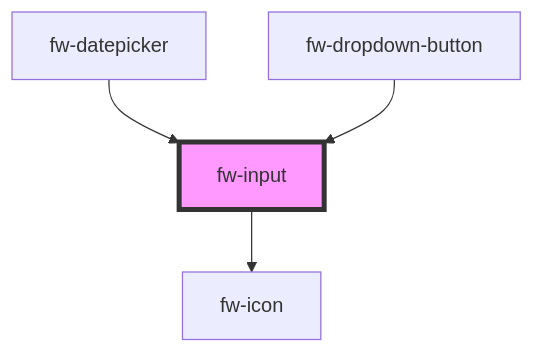
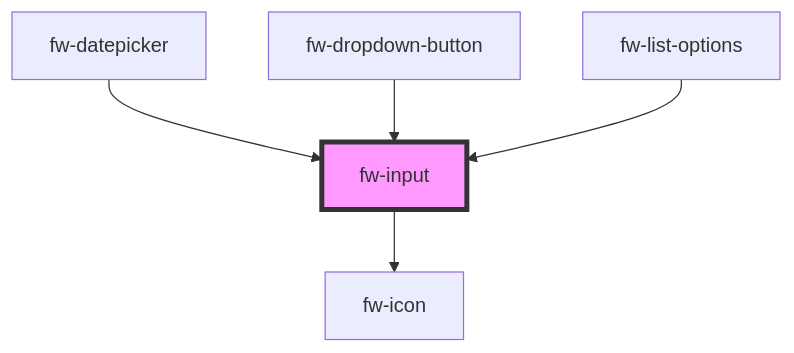
Before and after one commit to freshworks/crayons: the diagram in packages/crayons-core/src/components/input/readme.md, drawn with Mermaid. The commit also changed other lines of this file and 7 other files, not shown here.

````diff
--- a/packages/crayons-core/src/components/input/readme.md
+++ b/packages/crayons-core/src/components/input/readme.md
@@ -107,7 +108,8 @@
 ```mermaid
 graph TD;
   fw-input --> fw-icon
   fw-datepicker --> fw-input
   fw-dropdown-button --> fw-input
+  fw-list-options --> fw-input
   style fw-input fill:#f9f,stroke:#333,stroke-width:4px
 ```
````
